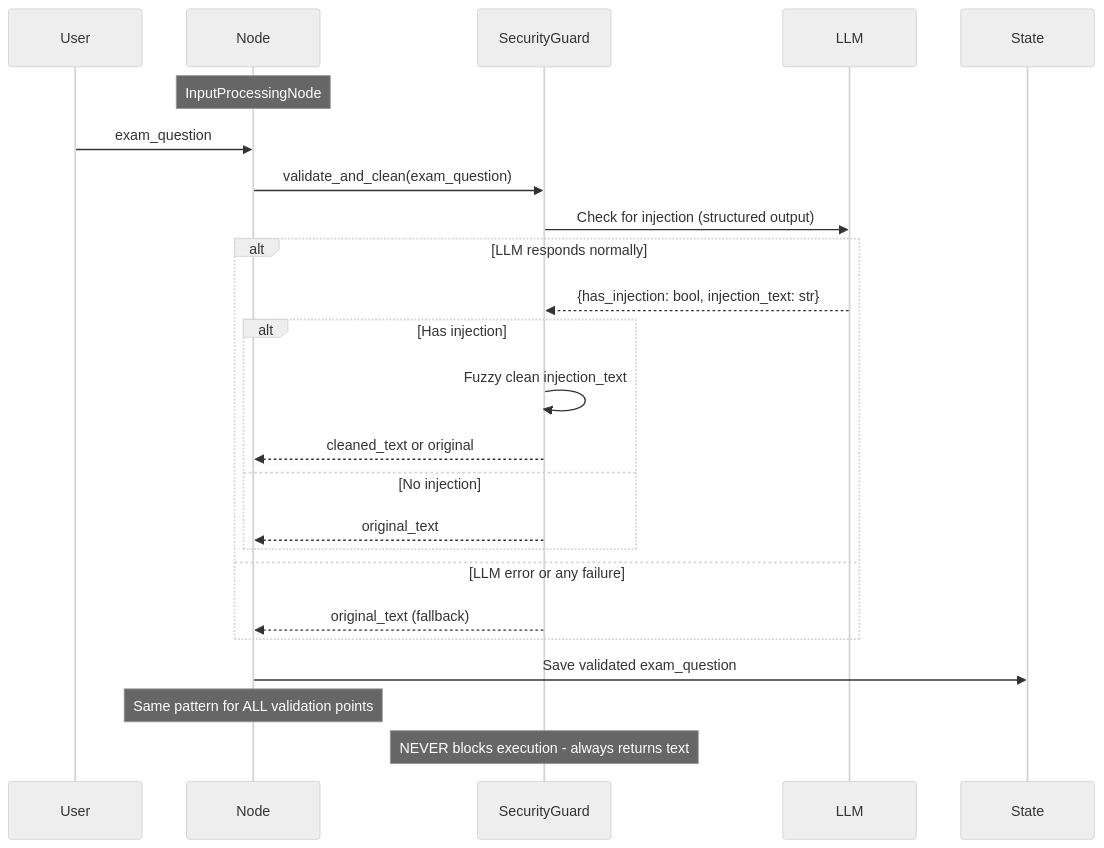
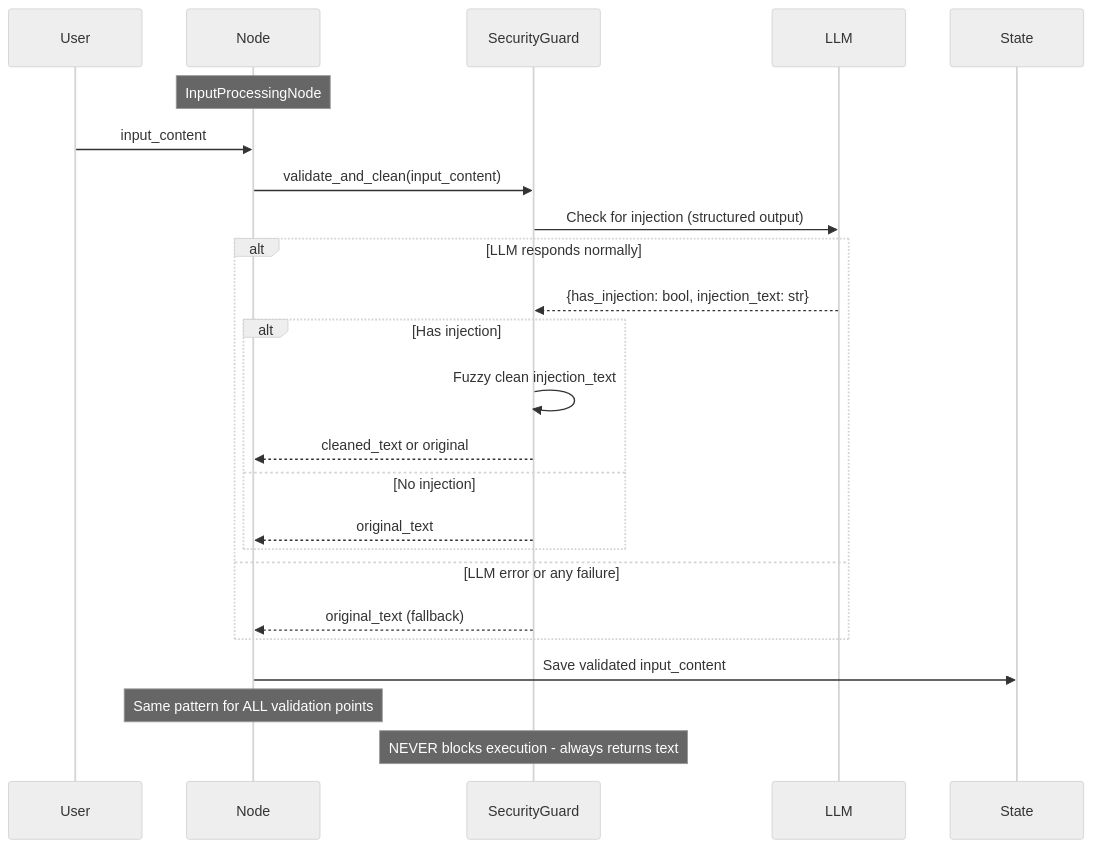
One commit to Bbar0n234/learnflow-ai changed the second of 2 diagrams in docs/backlog/archive/02-SEC-guardrails/IP-01-enhanced-guardrails-integration.md. Above: the diagram before and after it, drawn with Mermaid (neutral theme). The commit also changed other lines of this file and 49 other files, not shown here.

````diff
--- a/docs/backlog/archive/02-SEC-guardrails/IP-01-enhanced-guardrails-integration.md
+++ b/docs/backlog/archive/02-SEC-guardrails/IP-01-enhanced-guardrails-integration.md
@@ -57,30 +57,30 @@
 ```mermaid
 sequenceDiagram
     participant User
     participant Node
     participant SG as SecurityGuard
     participant LLM
     participant State
     
     Note over Node: InputProcessingNode
-    User->>Node: exam_question
-    Node->>SG: validate_and_clean(exam_question)
+    User->>Node: input_content
+    Node->>SG: validate_and_clean(input_content)
     SG->>LLM: Check for injection (structured output)
     
     alt LLM responds normally
         LLM-->>SG: {has_injection: bool, injection_text: str}
         alt Has injection
             SG->>SG: Fuzzy clean injection_text
             SG-->>Node: cleaned_text or original
         else No injection
             SG-->>Node: original_text
         end
     else LLM error or any failure
         SG-->>Node: original_text (fallback)
     end
     
-    Node->>State: Save validated exam_question
+    Node->>State: Save validated input_content
     
     Note over Node: Same pattern for ALL validation points
     Note over SG: NEVER blocks execution - always returns text
 ```
````
